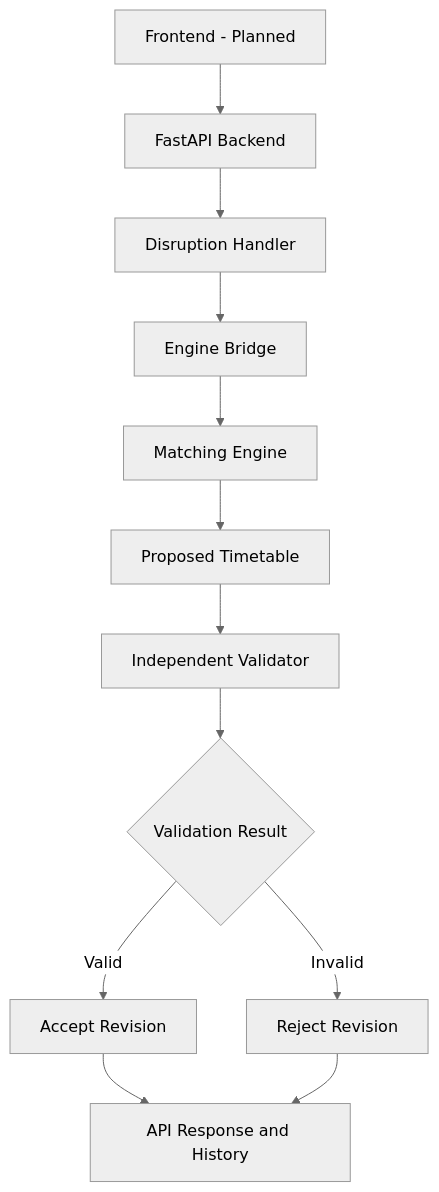
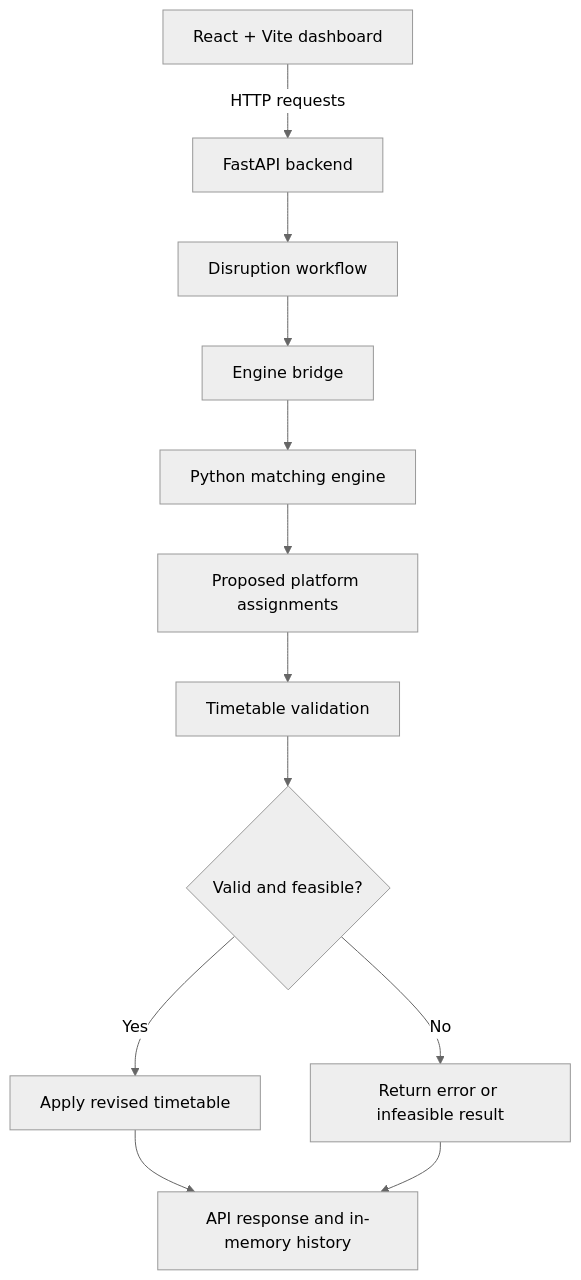
Before and after one commit to DarshNanavati28/RailFlow: the diagram in README.md, drawn with Mermaid (neutral theme). The commit also changed other lines of this file, not shown here.

````diff
--- a/README.md
+++ b/README.md
@@ -106,14 +96,14 @@
 ```mermaid
 flowchart TD
-    A[Frontend - Planned] --> B[FastAPI Backend]
-    B --> C[Disruption Handler]
-    C --> D[Engine Bridge]
-    D --> E[Matching Engine]
-    E --> F[Proposed Timetable]
-    F --> G[Independent Validator]
-    G --> H{Validation Result}
-    H -->|Valid| I[Accept Revision]
-    H -->|Invalid| J[Reject Revision]
-    I --> K[API Response and History]
+    A[React + Vite dashboard] -->|HTTP requests| B[FastAPI backend]
+    B --> C[Disruption workflow]
+    C --> D[Engine bridge]
+    D --> E[Python matching engine]
+    E --> F[Proposed platform assignments]
+    F --> G[Timetable validation]
+    G --> H{Valid and feasible?}
+    H -->|Yes| I[Apply revised timetable]
+    H -->|No| J[Return error or infeasible result]
+    I --> K[API response and in-memory history]
     J --> K
 ```
````
